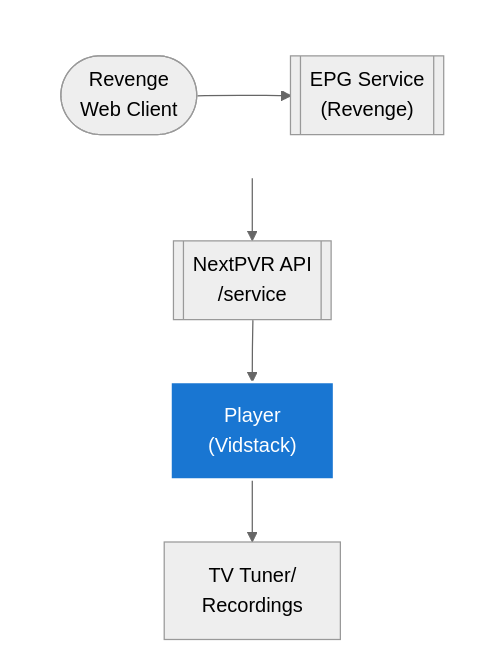
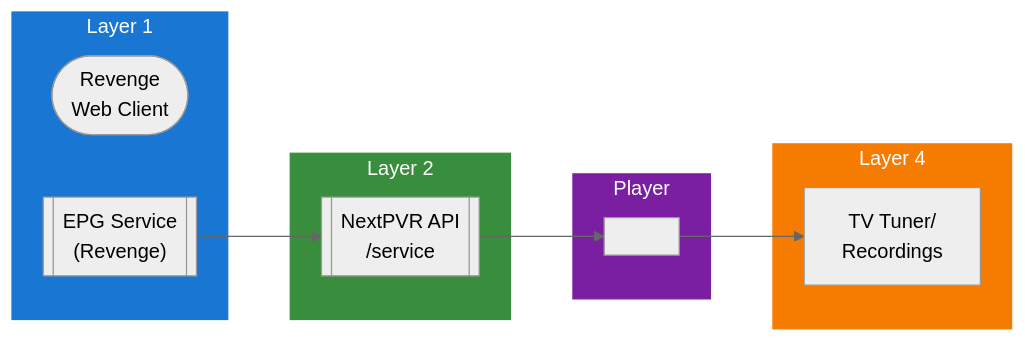
The diagram in docs/dev/design/integrations/livetv/NEXTPVR.md (lusoris/revenge), drawn with Mermaid (neutral theme) before and after one commit. The commit also changed 215 other files, not shown here.

First line of the commit message:
feat(diagrams): convert all ASCII diagrams to Mermaid with LR subgraphs

````diff
--- a/docs/dev/design/integrations/livetv/NEXTPVR.md
+++ b/docs/dev/design/integrations/livetv/NEXTPVR.md
@@ -58,21 +58,30 @@
 ```mermaid
-flowchart TD
-    subgraph row1[ ]
-        direction LR
+flowchart LR
+    subgraph Layer1["Layer 1"]
         node1(["Revenge<br/>Web Client"])
         node2[["EPG Service<br/>(Revenge)"]]
     end
-    node3[["NextPVR API<br/>/service"]]
-    node4["Player<br/>(Vidstack)"]
-    node5["TV Tuner/<br/>Recordings"]
-    node1 --> node2
+
+    subgraph Layer2["Layer 2"]
+        node3[["NextPVR API<br/>/service"]]
+    end
+
+    subgraph Player["Player"]
+        node4[" "]
+    end
+
+    subgraph Layer4["Layer 4"]
+        node5["TV Tuner/<br/>Recordings"]
+    end
+
+    %% Connections
     node2 --> node3
     node3 --> node4
     node4 --> node5
 
-    %% Layer styling
-    style node4 fill:#1976D2,stroke:#fff,stroke-width:2px,color:#fff
-
-    %% Hide row subgraph borders
-    style row1 fill:transparent,stroke:transparent
+    %% Styling
+    style Layer1 fill:#1976D2,stroke:#1976D2,color:#fff
+    style Layer2 fill:#388E3C,stroke:#388E3C,color:#fff
+    style Player fill:#7B1FA2,stroke:#7B1FA2,color:#fff
+    style Layer4 fill:#F57C00,stroke:#F57C00,color:#fff
 ```
````
